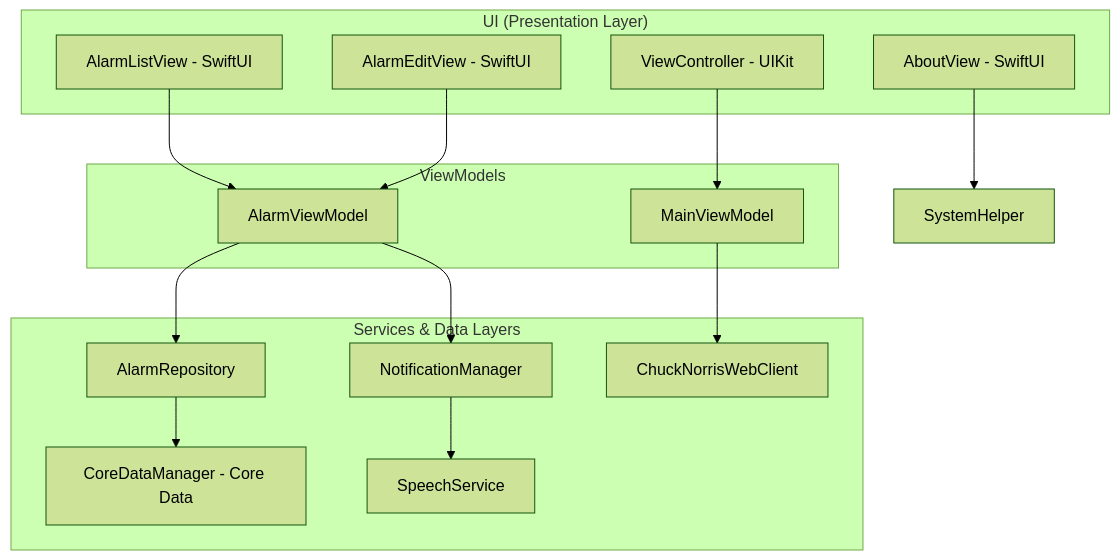
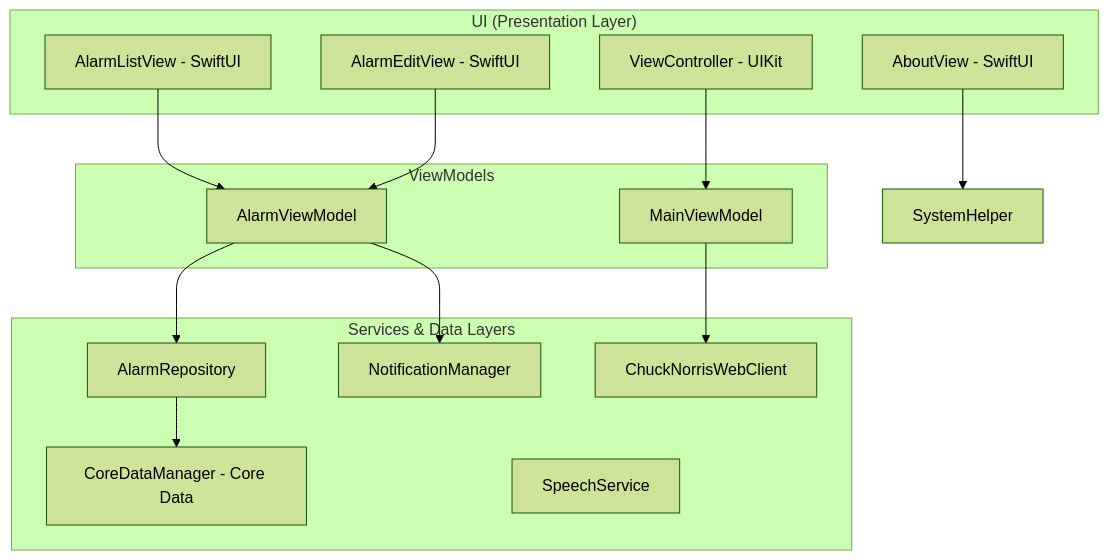
Before and after one commit to MatheusHenAlmeida/ChuckNorrisApp: the diagram in README.md, drawn with Mermaid (forest theme). The commit also changed 2 other files, not shown here.

````diff
--- a/README.md
+++ b/README.md
@@ -25,33 +25,32 @@
 ```mermaid
 graph TD
     subgraph UI ["UI (Presentation Layer)"]
         VC[ViewController - UIKit]
         ALV[AlarmListView - SwiftUI]
         AEV[AlarmEditView - SwiftUI]
         AV[AboutView - SwiftUI]
     end
     
     subgraph ViewModels ["ViewModels"]
         MVM[MainViewModel]
         AVM[AlarmViewModel]
     end
     
     subgraph Services ["Services & Data Layers"]
         CD[CoreDataManager - Core Data]
         AR[AlarmRepository]
         NM[NotificationManager]
         SS[SpeechService]
         WC[ChuckNorrisWebClient]
     end
 
     VC --> MVM
     ALV --> AVM
     AEV --> AVM
     AV --> SystemHelper
     
     MVM --> WC
     AVM --> AR
     AVM --> NM
-    NM --> SS
     AR --> CD
 ```
````
